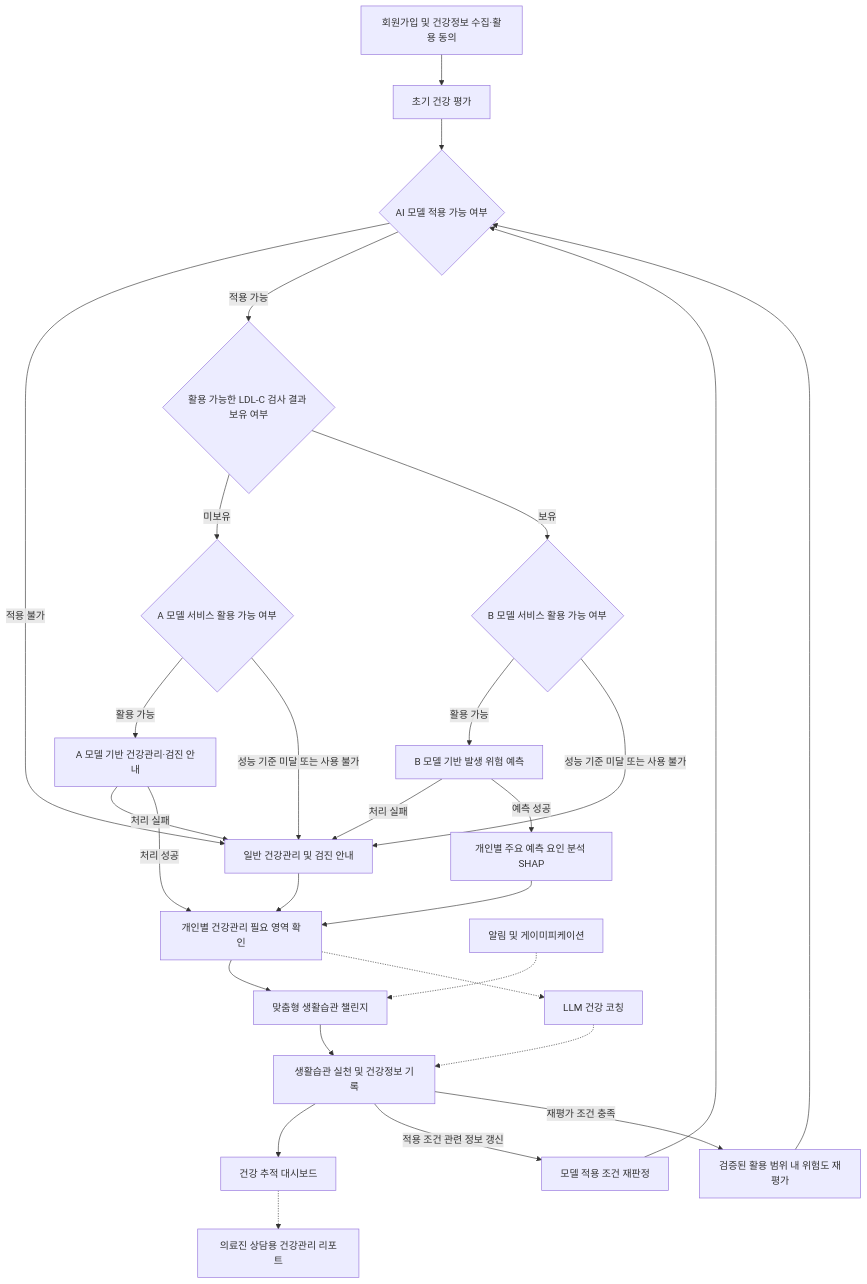
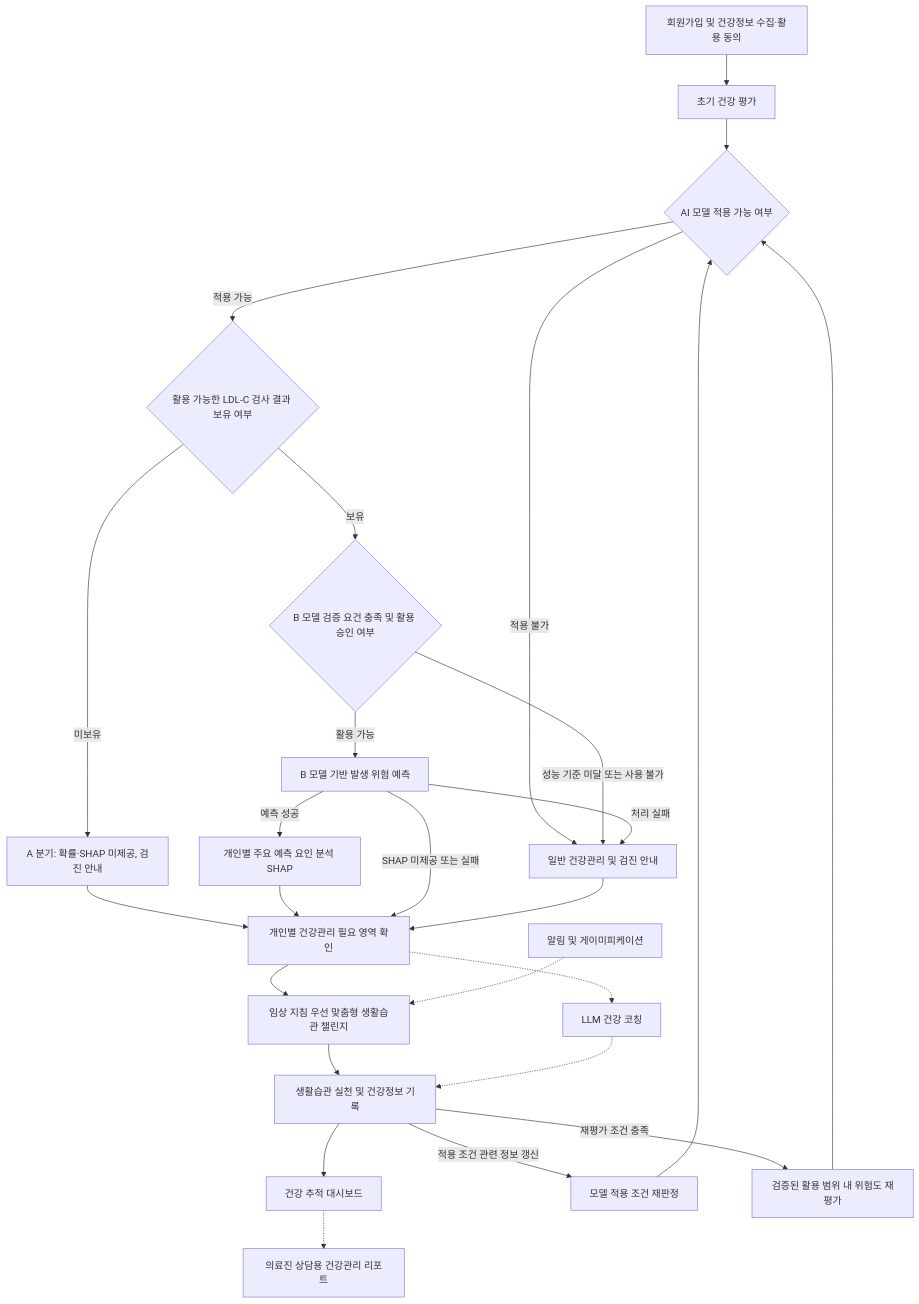
Before and after one commit to AI-HealthCare-07/welloop: the first of 2 diagrams in docs/planning/WELLOOP_요구사항정의서_v2.0.md, drawn with Mermaid. The commit also changed other lines of this file and 4 other files, not shown here.

````diff
--- a/docs/planning/WELLOOP_요구사항정의서_v2.0.md
+++ b/docs/planning/WELLOOP_요구사항정의서_v2.0.md
@@ -205,44 +208,28 @@
 ```mermaid
 flowchart TD
     AUTH["회원가입 및 건강정보 수집·활용 동의"] --> A["초기 건강 평가"]
-
     A --> B{"AI 모델 적용 가능 여부"}
-
     B -->|적용 불가| F["일반 건강관리 및 검진 안내"]
     B -->|적용 가능| C{"활용 가능한 LDL-C 검사 결과 보유 여부"}
-
-    C -->|미보유| A1{"A 모델 서비스 활용 가능 여부"}
-    C -->|보유| B1{"B 모델 서비스 활용 가능 여부"}
-
-    A1 -->|활용 가능| D["A 모델 기반 건강관리·검진 안내"]
-    A1 -->|성능 기준 미달 또는 사용 불가| F
-
+    C -->|미보유| D["A 분기: 확률·SHAP 미제공, 검진 안내"]
+    C -->|보유| B1{"B 모델 검증 요건 충족 및 활용 승인 여부"}
     B1 -->|활용 가능| E["B 모델 기반 발생 위험 예측"]
     B1 -->|성능 기준 미달 또는 사용 불가| F
-
-    D -->|처리 실패| F
     E -->|처리 실패| F
-
     E -->|예측 성공| H["개인별 주요 예측 요인 분석 SHAP"]
-
-    D -->|처리 성공| G["개인별 건강관리 필요 영역 확인"]
+    D --> G["개인별 건강관리 필요 영역 확인"]
     H --> G
+    E -->|SHAP 미제공 또는 실패| G
     F --> G
-
-    G --> I["맞춤형 생활습관 챌린지"]
+    G --> I["임상 지침 우선 맞춤형 생활습관 챌린지"]
     G -.-> J["LLM 건강 코칭"]
-
     I --> K["생활습관 실천 및 건강정보 기록"]
     J -.-> K
-
     L["알림 및 게이미피케이션"] -.-> I
-
     K --> M["건강 추적 대시보드"]
     M -.-> N["의료진 상담용 건강관리 리포트"]
-
     K -->|적용 조건 관련 정보 갱신| O["모델 적용 조건 재판정"]
     O --> B
-
     K -->|재평가 조건 충족| P["검증된 활용 범위 내 위험도 재평가"]
     P --> B
 ```
````
